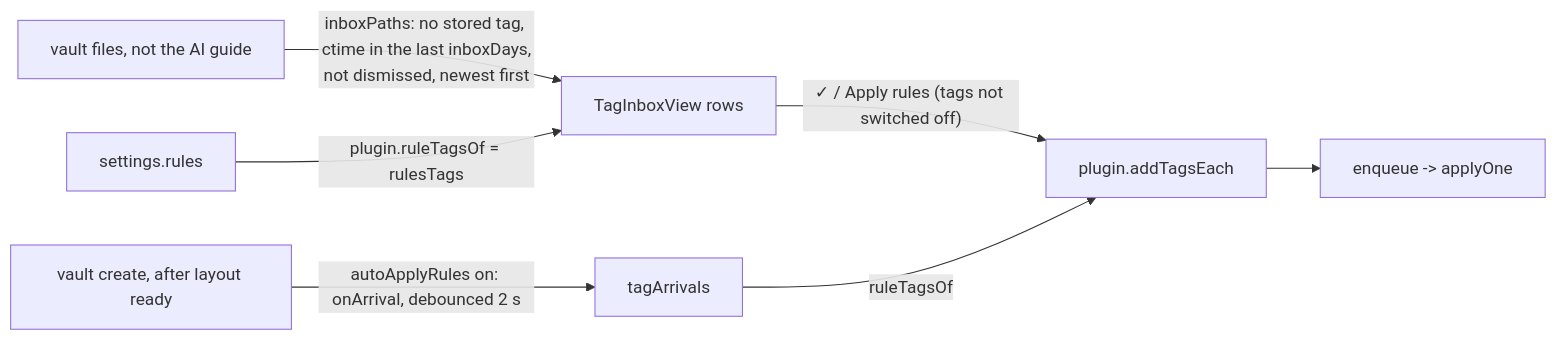
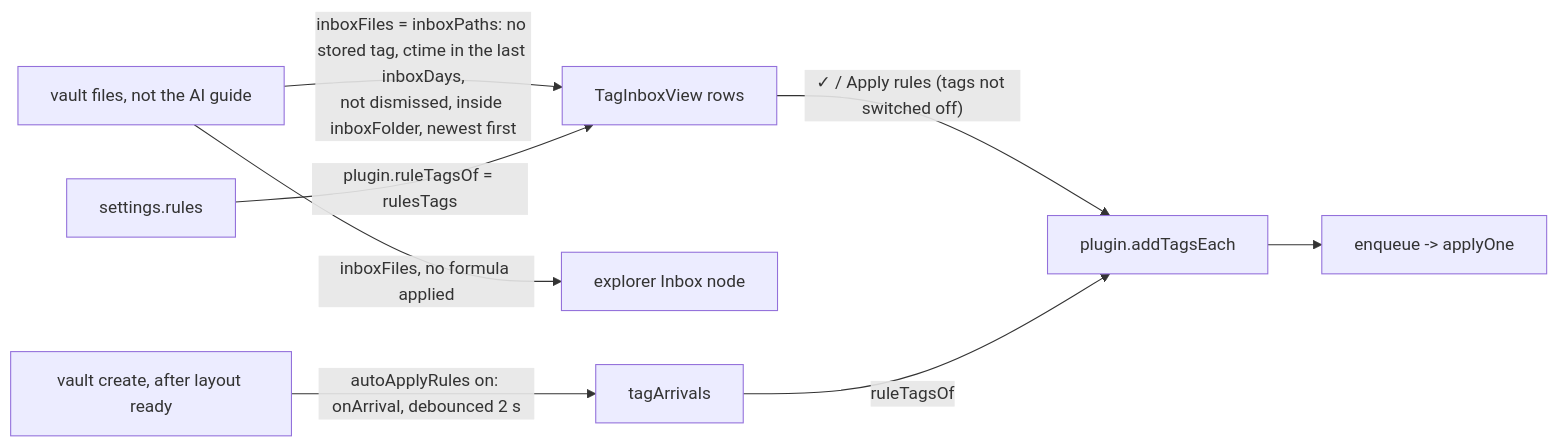
One commit to AlbanMontaigu/obsidian changed the sixth of 9 diagrams in plugins/tag-everything/docs/architecture.md. Above: the diagram before and after it, drawn with Mermaid. The commit also changed other lines of this file and 12 other files, not shown here.

Commit message:
tag-everything 0.25.0: inbox focused on one folder, Inbox node in the explorer

````diff
--- a/plugins/tag-everything/docs/architecture.md
+++ b/plugins/tag-everything/docs/architecture.md
@@ -178,8 +178,9 @@
 ```mermaid
 flowchart LR
-  files[vault files, not the AI guide] -->|inboxPaths: no stored tag, ctime in the last inboxDays,<br/>not dismissed, newest first| inbox[TagInboxView rows]
+  files[vault files, not the AI guide] -->|"inboxFiles = inboxPaths: no stored tag, ctime in the last inboxDays,<br/>not dismissed, inside inboxFolder, newest first"| inbox[TagInboxView rows]
+  files -->|inboxFiles, no formula applied| exnode[explorer Inbox node]
   rules[settings.rules] -->|plugin.ruleTagsOf = rulesTags| inbox
   inbox -->|"✓ / Apply rules (tags not switched off)"| add[plugin.addTagsEach]
   create[vault create, after layout ready] -->|autoApplyRules on: onArrival, debounced 2 s| arr[tagArrivals] -->|ruleTagsOf| add
   add --> wp[enqueue -> applyOne]
 ```
````
